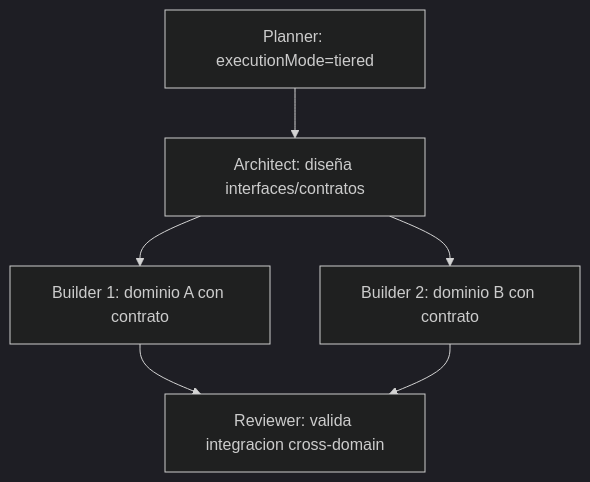
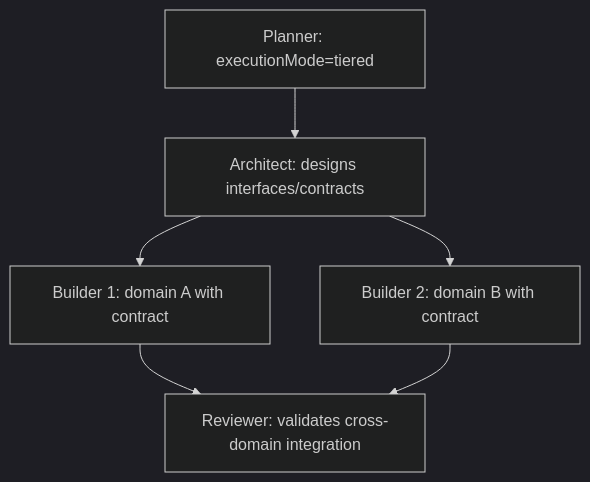
The second of 3 diagrams in .claude/rules/lead-orchestrator.md (MaciWP/claude-code-poneglyph), drawn with Mermaid (dark theme) before and after one commit. The commit also changed other lines of this file and 12 other files, not shown here.

````diff
--- a/.claude/rules/lead-orchestrator.md
+++ b/.claude/rules/lead-orchestrator.md
@@ -201,7 +201,7 @@
 ```mermaid
 graph TD
-    P[Planner: executionMode=tiered] --> A[Architect: diseña interfaces/contratos]
-    A --> B1[Builder 1: dominio A con contrato]
-    A --> B2[Builder 2: dominio B con contrato]
-    B1 & B2 --> R[Reviewer: valida integracion cross-domain]
+    P[Planner: executionMode=tiered] --> A[Architect: designs interfaces/contracts]
+    A --> B1[Builder 1: domain A with contract]
+    A --> B2[Builder 2: domain B with contract]
+    B1 & B2 --> R[Reviewer: validates cross-domain integration]
 ```
````
